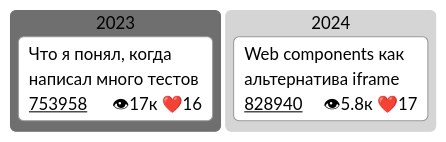
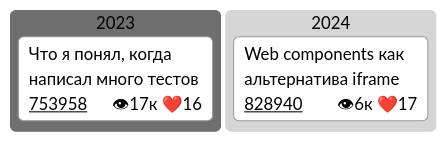
Before and after one commit to Goodzonchik/Goodzonchik: the fourth of 4 diagrams in README.md, drawn with Mermaid (neutral theme).

````diff
--- a/README.md
+++ b/README.md
@@ -53,19 +53,19 @@
 ```mermaid
 ---
 config:
   kanban:
     ticketBaseUrl: 'https://habr.com/ru/companies/tbank/articles/#TICKET#'
 
 ---
 kanban
   2023
     card1["Что я понял, когда написал много тестов"]@{
       ticket: 753958
       assigned: 👁17к ❤️16
     }
   2024
     card2["Web components как альтернатива iframe"]@{
       ticket: 828940
-      assigned: 👁5.8к ❤️17
+      assigned: 👁6к ❤️17
     }
 ```
````
